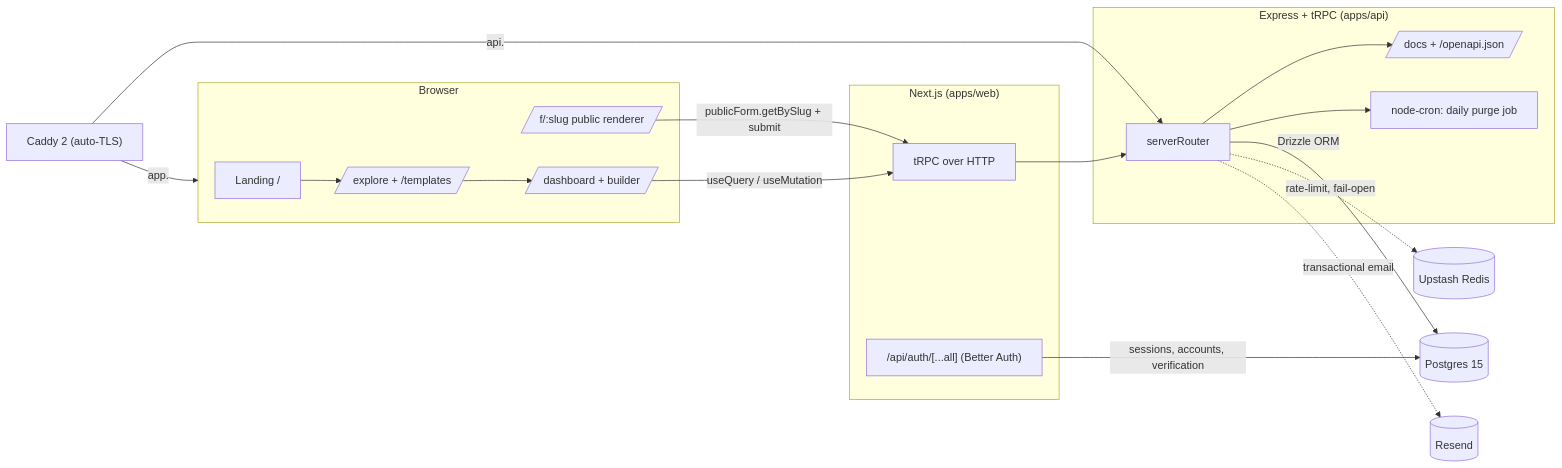
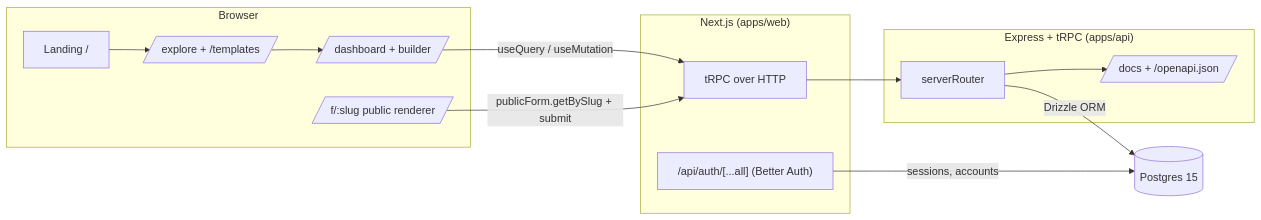
Before and after one commit to idreamfyrei/sensus: the diagram in README.md, drawn with Mermaid. The commit also changed other lines of this file and 47 other files, not shown here.

````diff
--- a/README.md
+++ b/README.md
@@ -99,36 +126,27 @@
 ```mermaid
 flowchart LR
     subgraph Browser
         L[Landing /]
         E[/explore + /templates/]
         F[/f/:slug public renderer/]
         D[/dashboard + builder/]
     end
 
     subgraph "Next.js (apps/web)"
         L --> E --> D
         D -- "useQuery / useMutation" --> RPC
         F -- "publicForm.getBySlug + submit" --> RPC
         AH["/api/auth/[...all] (Better Auth)"]
     end
 
     RPC[tRPC over HTTP] --> API
 
     subgraph "Express + tRPC (apps/api)"
         API[serverRouter]
         SCALAR[/docs + /openapi.json/]
-        CRON[node-cron: daily purge job]
         API --> SCALAR
-        API --> CRON
     end
 
     API -- "Drizzle ORM" --> PG[(Postgres 15)]
-    API -. "rate-limit, fail-open" .-> REDIS[(Upstash Redis)]
-    API -. "transactional email" .-> RESEND[(Resend)]
-
-    AH -- "sessions, accounts, verification" --> PG
-
-    CADDY["Caddy 2 (auto-TLS)"]
-    CADDY -- "app.<domain>" --> Browser
-    CADDY -- "api.<domain>" --> API
+    AH -- "sessions, accounts" --> PG
 ```
````
